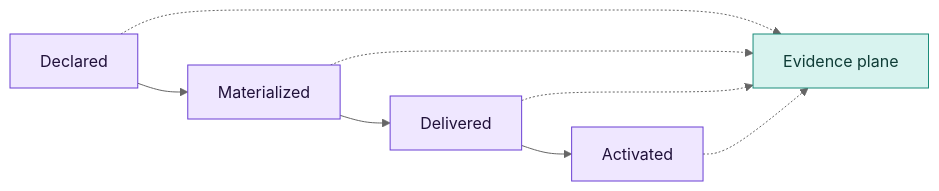
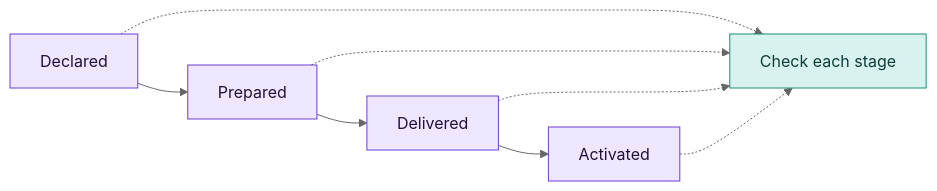
Before and after one commit to aallam/aallam.github.io: the second of 2 diagrams in _posts/2026-08-02-configuration-is-a-distributed-system.md, drawn with Mermaid (neutral theme). The commit also changed other lines of this file and 4 other files, not shown here.

```diff
--- a/_posts/2026-08-02-configuration-is-a-distributed-system.md
+++ b/_posts/2026-08-02-configuration-is-a-distributed-system.md
@@ -208,15 +210,15 @@
 <pre class="mermaid">
 flowchart LR
-    Declared["Declared"] --> Materialized["Materialized"]
-    Materialized --> Delivered["Delivered"]
+    Declared["Declared"] --> Prepared["Prepared"]
+    Prepared --> Delivered["Delivered"]
     Delivered --> Activated["Activated"]
-    Declared -.-> Evidence["Evidence plane"]
-    Materialized -.-> Evidence
+    Declared -.-> Evidence["Check each stage"]
+    Prepared -.-> Evidence
     Delivered -.-> Evidence
     Activated -.-> Evidence
 
     classDef lifecycle fill:#efe7ff,stroke:#6a3fd4,color:#20113a
     classDef evidence fill:#d8f3ef,stroke:#1b8c7a,color:#0f3c36
-    class Declared,Materialized,Delivered,Activated lifecycle
+    class Declared,Prepared,Delivered,Activated lifecycle
     class Evidence evidence
 </pre>
```
